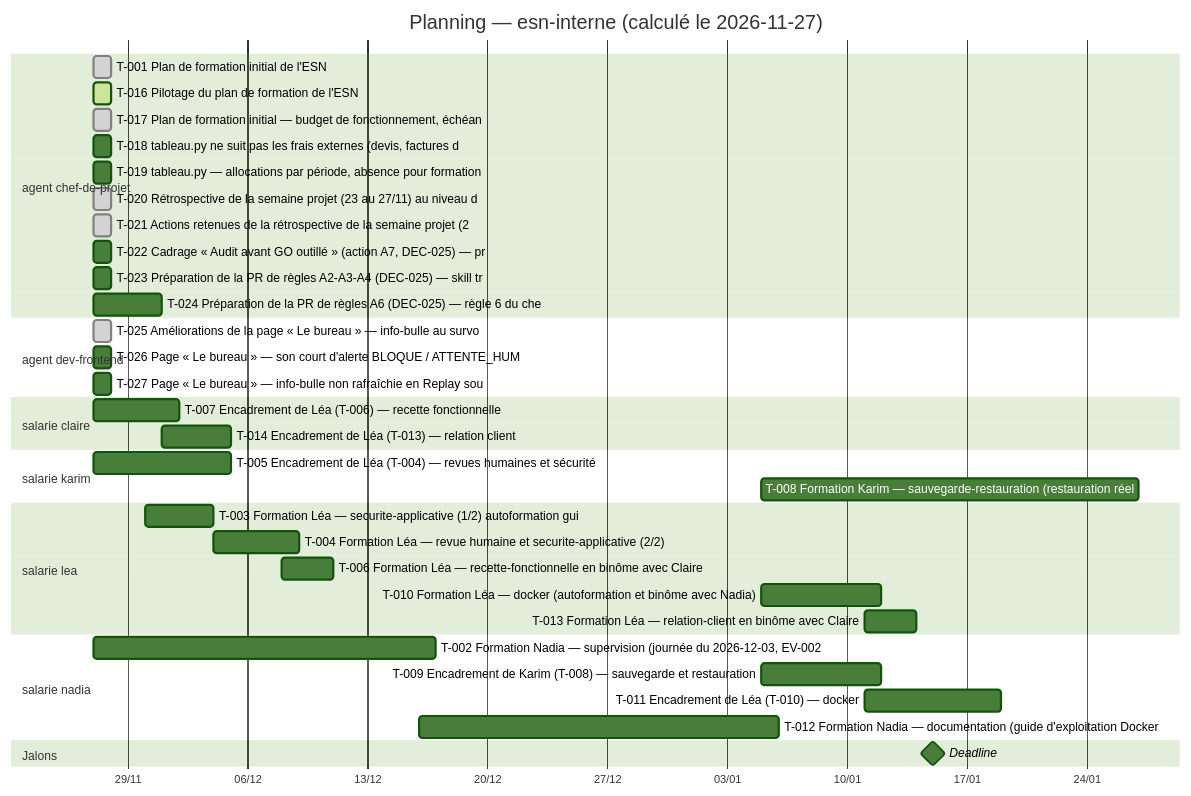
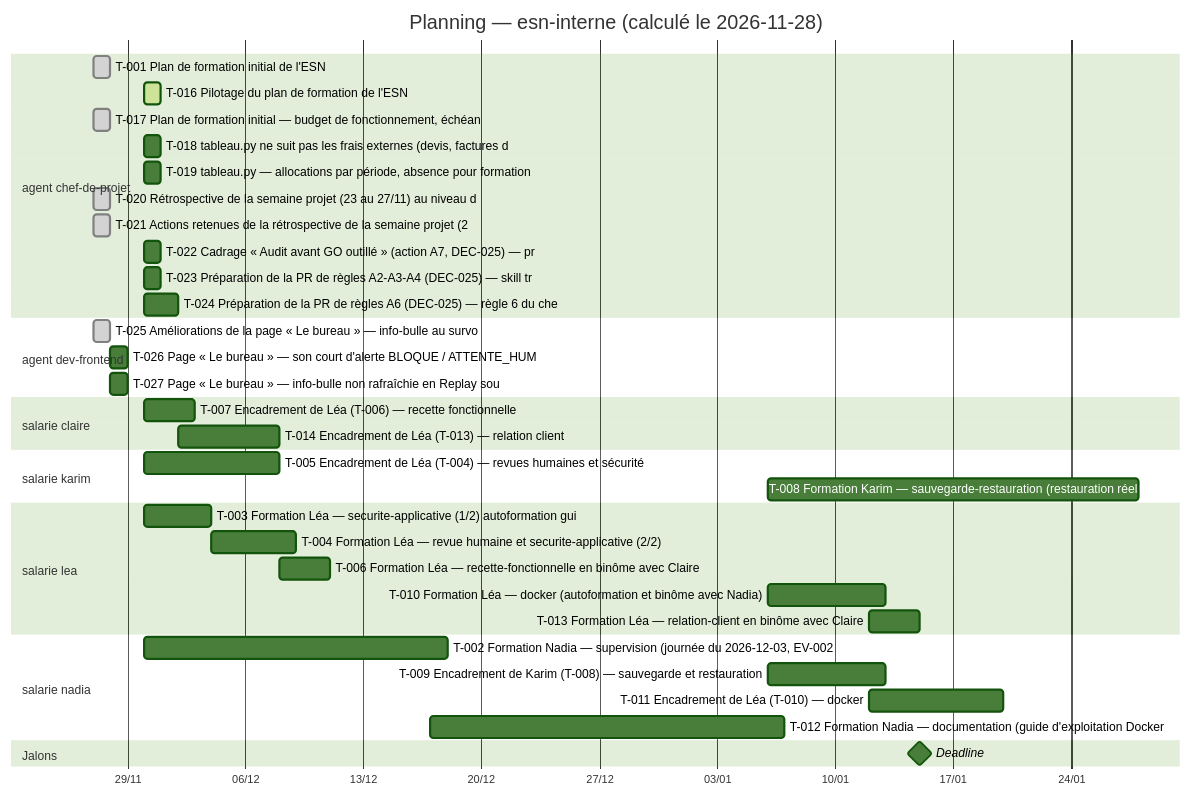
One commit to LopezMat/tpGestionProjet changed the diagram in projets/esn-interne/TABLEAU.md. Above: the diagram before and after it, drawn with Mermaid (forest theme). The commit also changed other lines of this file and 2 other files, not shown here.

Commit message:
chore: régénère les tableaux de bord [skip ci]

````diff
--- a/projets/esn-interne/TABLEAU.md
+++ b/projets/esn-interne/TABLEAU.md
@@ -95,40 +95,40 @@
 ```mermaid
 gantt
-    title Planning — esn-interne (calculé le 2026-11-27)
+    title Planning — esn-interne (calculé le 2026-11-28)
     dateFormat YYYY-MM-DD
     axisFormat %d/%m
     section agent chef-de-projet
     T-001 Plan de formation initial de l'ESN :done, t001, 2026-11-27, 2026-11-28
-    T-016 Pilotage du plan de formation de l'ESN :active, t016, 2026-11-27, 2026-11-28
+    T-016 Pilotage du plan de formation de l'ESN :active, t016, 2026-11-30, 2026-12-01
     T-017 Plan de formation initial — budget de fonctionnement, échéan :done, t017, 2026-11-27, 2026-11-28
-    T-018 tableau.py ne suit pas les frais externes (devis, factures d :t018, 2026-11-27, 2026-11-28
-    T-019 tableau.py — allocations par période, absence pour formation :t019, 2026-11-27, 2026-11-28
+    T-018 tableau.py ne suit pas les frais externes (devis, factures d :t018, 2026-11-30, 2026-12-01
+    T-019 tableau.py — allocations par période, absence pour formation :t019, 2026-11-30, 2026-12-01
     T-020 Rétrospective de la semaine projet (23 au 27/11) au niveau d :done, t020, 2026-11-27, 2026-11-28
     T-021 Actions retenues de la rétrospective de la semaine projet (2 :done, t021, 2026-11-27, 2026-11-28
-    T-022 Cadrage « Audit avant GO outillé » (action A7, DEC-025) — pr :t022, 2026-11-27, 2026-11-28
-    T-023 Préparation de la PR de règles A2-A3-A4 (DEC-025) — skill tr :t023, 2026-11-27, 2026-11-28
-    T-024 Préparation de la PR de règles A6 (DEC-025) — règle 6 du che :t024, 2026-11-27, 2026-12-01
+    T-022 Cadrage « Audit avant GO outillé » (action A7, DEC-025) — pr :t022, 2026-11-30, 2026-12-01
+    T-023 Préparation de la PR de règles A2-A3-A4 (DEC-025) — skill tr :t023, 2026-11-30, 2026-12-01
+    T-024 Préparation de la PR de règles A6 (DEC-025) — règle 6 du che :t024, 2026-11-30, 2026-12-02
     section agent dev-frontend
     T-025 Améliorations de la page « Le bureau » — info-bulle au survo :done, t025, 2026-11-27, 2026-11-28
-    T-026 Page « Le bureau » — son court d'alerte BLOQUE / ATTENTE_HUM :t026, 2026-11-27, 2026-11-28
-    T-027 Page « Le bureau » — info-bulle non rafraîchie en Replay sou :t027, 2026-11-27, 2026-11-28
+    T-026 Page « Le bureau » — son court d'alerte BLOQUE / ATTENTE_HUM :t026, 2026-11-28, 2026-11-29
+    T-027 Page « Le bureau » — info-bulle non rafraîchie en Replay sou :t027, 2026-11-28, 2026-11-29
     section salarie claire
-    T-007 Encadrement de Léa (T-006) — recette fonctionnelle :t007, 2026-11-27, 2026-12-02
-    T-014 Encadrement de Léa (T-013) — relation client :t014, 2026-12-01, 2026-12-05
+    T-007 Encadrement de Léa (T-006) — recette fonctionnelle :t007, 2026-11-30, 2026-12-03
+    T-014 Encadrement de Léa (T-013) — relation client :t014, 2026-12-02, 2026-12-08
     section salarie karim
-    T-005 Encadrement de Léa (T-004) — revues humaines et sécurité :t005, 2026-11-27, 2026-12-05
-    T-008 Formation Karim — sauvegarde-restauration (restauration réel :t008, 2027-01-05, 2027-01-27
+    T-005 Encadrement de Léa (T-004) — revues humaines et sécurité :t005, 2026-11-30, 2026-12-08
+    T-008 Formation Karim — sauvegarde-restauration (restauration réel :t008, 2027-01-06, 2027-01-28
     section salarie lea
     T-003 Formation Léa — securite-applicative (1/2) autoformation gui :t003, 2026-11-30, 2026-12-04
     T-004 Formation Léa — revue humaine et securite-applicative (2/2)  :t004, 2026-12-04, 2026-12-09
     T-006 Formation Léa — recette-fonctionnelle en binôme avec Claire :t006, 2026-12-08, 2026-12-11
-    T-010 Formation Léa — docker (autoformation et binôme avec Nadia) :t010, 2027-01-05, 2027-01-12
-    T-013 Formation Léa — relation-client en binôme avec Claire :t013, 2027-01-11, 2027-01-14
+    T-010 Formation Léa — docker (autoformation et binôme avec Nadia) :t010, 2027-01-06, 2027-01-13
+    T-013 Formation Léa — relation-client en binôme avec Claire :t013, 2027-01-12, 2027-01-15
     section salarie nadia
-    T-002 Formation Nadia — supervision (journée du 2026-12-03, EV-002 :t002, 2026-11-27, 2026-12-17
-    T-009 Encadrement de Karim (T-008) — sauvegarde et restauration :t009, 2027-01-05, 2027-01-12
-    T-011 Encadrement de Léa (T-010) — docker :t011, 2027-01-11, 2027-01-19
-    T-012 Formation Nadia — documentation (guide d'exploitation Docker :t012, 2026-12-16, 2027-01-06
+    T-002 Formation Nadia — supervision (journée du 2026-12-03, EV-002 :t002, 2026-11-30, 2026-12-18
+    T-009 Encadrement de Karim (T-008) — sauvegarde et restauration :t009, 2027-01-06, 2027-01-13
+    T-011 Encadrement de Léa (T-010) — docker :t011, 2027-01-12, 2027-01-20
+    T-012 Formation Nadia — documentation (guide d'exploitation Docker :t012, 2026-12-17, 2027-01-07
     section Jalons
     Deadline :milestone, deadline, 2027-01-15, 0d
 ```
````
